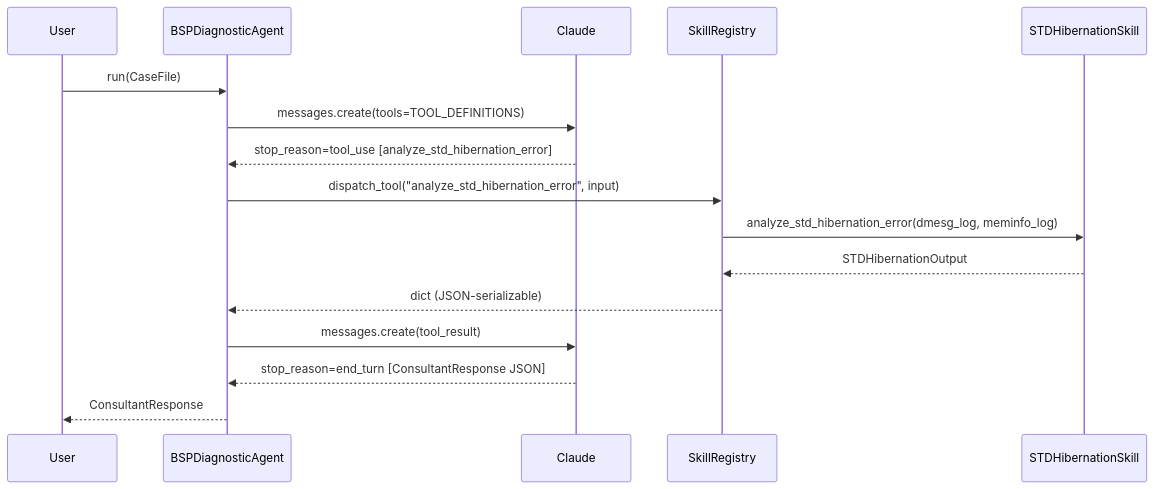
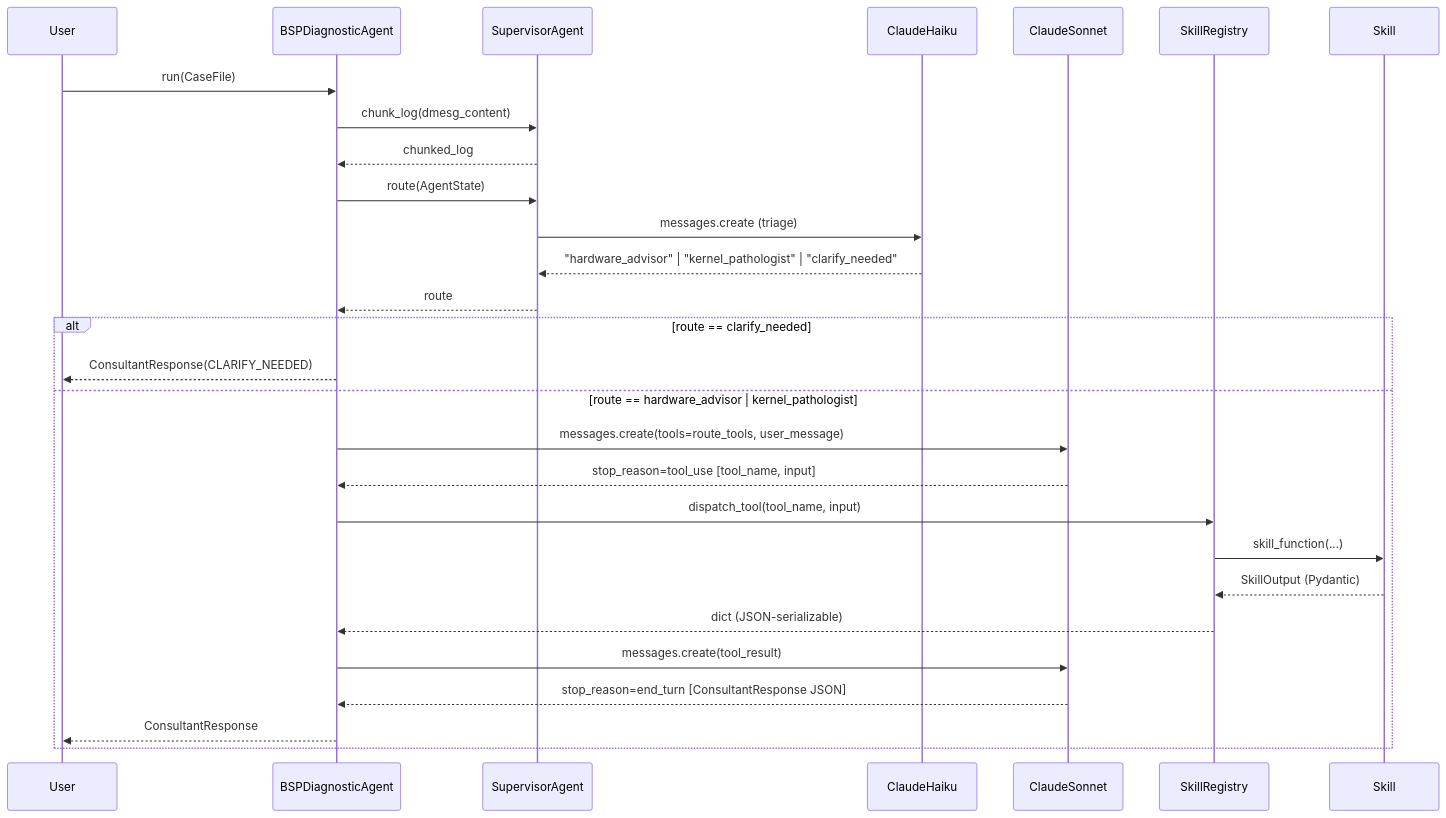
The second of 2 diagrams in DESIGN.md (jonaschen/ai-bsp-agent), drawn with Mermaid before and after one commit. The commit also changed other lines of this file and 1 other file, not shown here.

Commit message:
Update roadmap

````diff
--- a/DESIGN.md
+++ b/DESIGN.md
@@ -77,19 +95,36 @@
 ```mermaid
 sequenceDiagram
     participant User
     participant BSPDiagnosticAgent
-    participant Claude
+    participant SupervisorAgent
+    participant ClaudeHaiku
+    participant ClaudeSonnet
     participant SkillRegistry
-    participant STDHibernationSkill
+    participant Skill
 
     User->>BSPDiagnosticAgent: run(CaseFile)
-    BSPDiagnosticAgent->>Claude: messages.create(tools=TOOL_DEFINITIONS)
-    Claude-->>BSPDiagnosticAgent: stop_reason=tool_use [analyze_std_hibernation_error]
-    BSPDiagnosticAgent->>SkillRegistry: dispatch_tool("analyze_std_hibernation_error", input)
-    SkillRegistry->>STDHibernationSkill: analyze_std_hibernation_error(dmesg_log, meminfo_log)
-    STDHibernationSkill-->>SkillRegistry: STDHibernationOutput
-    SkillRegistry-->>BSPDiagnosticAgent: dict (JSON-serializable)
-    BSPDiagnosticAgent->>Claude: messages.create(tool_result)
-    Claude-->>BSPDiagnosticAgent: stop_reason=end_turn [ConsultantResponse JSON]
-    BSPDiagnosticAgent-->>User: ConsultantResponse
+
+    BSPDiagnosticAgent->>SupervisorAgent: chunk_log(dmesg_content)
+    SupervisorAgent-->>BSPDiagnosticAgent: chunked_log
+
+    BSPDiagnosticAgent->>SupervisorAgent: route(AgentState)
+    SupervisorAgent->>ClaudeHaiku: messages.create (triage)
+    ClaudeHaiku-->>SupervisorAgent: "hardware_advisor" | "kernel_pathologist" | "clarify_needed"
+    SupervisorAgent-->>BSPDiagnosticAgent: route
+
+    alt route == clarify_needed
+        BSPDiagnosticAgent-->>User: ConsultantResponse(CLARIFY_NEEDED)
+    else route == hardware_advisor | kernel_pathologist
+        BSPDiagnosticAgent->>ClaudeSonnet: messages.create(tools=route_tools, user_message)
+        ClaudeSonnet-->>BSPDiagnosticAgent: stop_reason=tool_use [tool_name, input]
+
+        BSPDiagnosticAgent->>SkillRegistry: dispatch_tool(tool_name, input)
+        SkillRegistry->>Skill: skill_function(...)
+        Skill-->>SkillRegistry: SkillOutput (Pydantic)
+        SkillRegistry-->>BSPDiagnosticAgent: dict (JSON-serializable)
+
+        BSPDiagnosticAgent->>ClaudeSonnet: messages.create(tool_result)
+        ClaudeSonnet-->>BSPDiagnosticAgent: stop_reason=end_turn [ConsultantResponse JSON]
+        BSPDiagnosticAgent-->>User: ConsultantResponse
+    end
 ```
````
